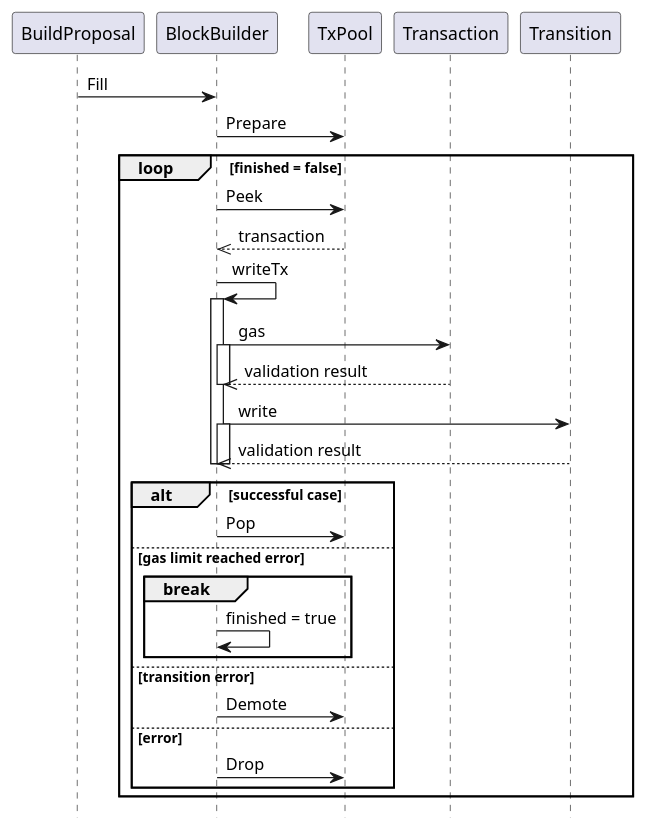
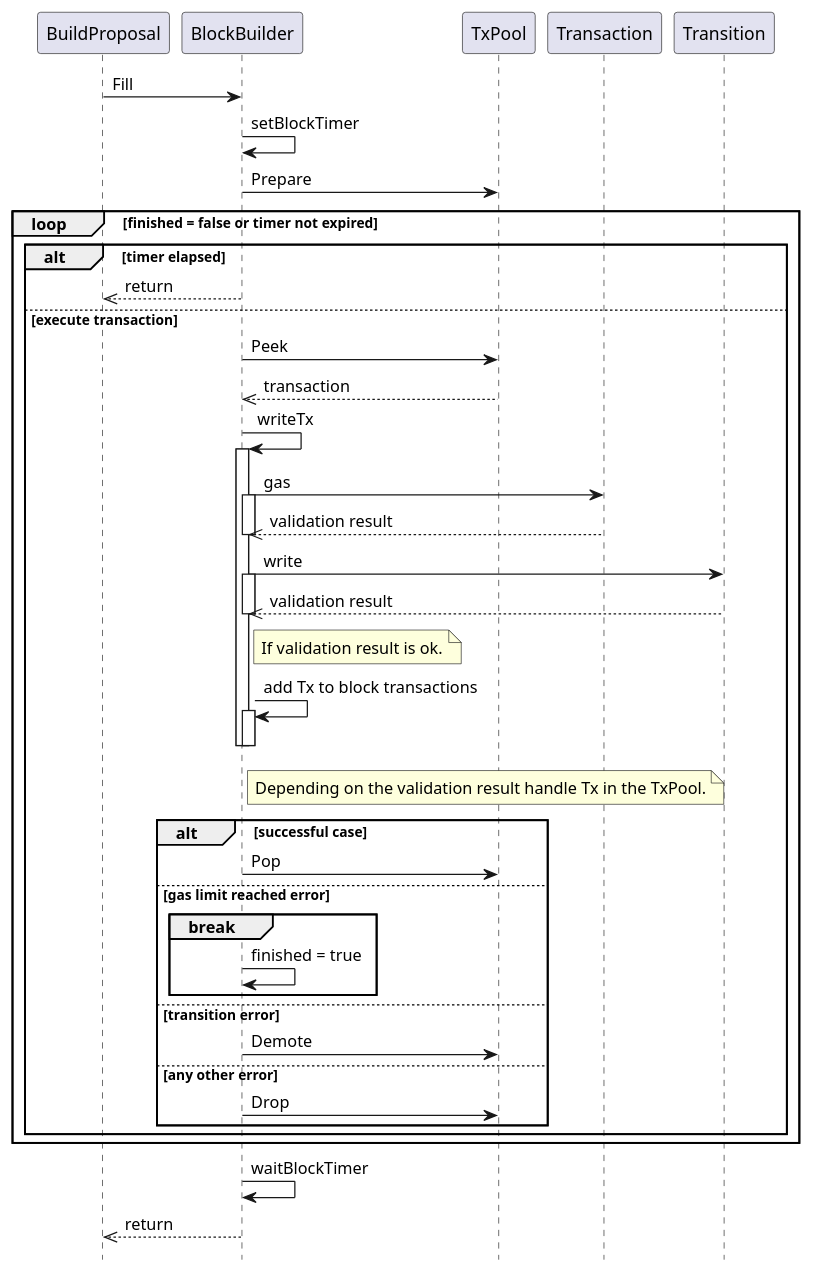
The diagram in txpool/uml/txpool_block_creation_sequence.puml (Ethernal-Tech/blade-legacy), drawn with PlantUML before and after one commit. The commit also changed 18 other files, not shown here.

Commit message:
Plantuml folder reorg and new pumls

```diff
--- a/txpool/uml/txpool_block_creation_sequence.puml
+++ b/txpool/uml/txpool_block_creation_sequence.puml
@@ -1,34 +1,55 @@
 @startuml
 hide footbox
 
 BuildProposal -> BlockBuilder: Fill
+
+BlockBuilder -> BlockBuilder: setBlockTimer 
 BlockBuilder -> TxPool: Prepare
-    loop finished = false
-        BlockBuilder -> TxPool: Peek
-        BlockBuilder <<-- TxPool: transaction
 
-        BlockBuilder -> BlockBuilder: writeTx
-        activate BlockBuilder
-        BlockBuilder -> Transaction: gas
-        activate BlockBuilder
-        BlockBuilder <<-- Transaction: validation result
-        deactivate BlockBuilder
-        BlockBuilder -> Transition: write
-        activate BlockBuilder
-        BlockBuilder <<-- Transition: validation result
-        deactivate BlockBuilder
-        deactivate BlockBuilder
+    loop finished = false or timer not expired
         
-        alt successful case
-            BlockBuilder -> TxPool: Pop
-        else gas limit reached error
-            break
-                BlockBuilder -> BlockBuilder : finished = true
-            end
-        else transition error
-            BlockBuilder -> TxPool: Demote
-        else error
-            BlockBuilder -> TxPool: Drop
-        end   
+        alt timer elapsed
+            BuildProposal <<-- BlockBuilder: return
+        else execute transaction
+
+            BlockBuilder -> TxPool: Peek
+            BlockBuilder <<-- TxPool: transaction
+
+            BlockBuilder -> BlockBuilder: writeTx
+            activate BlockBuilder
+            BlockBuilder -> Transaction: gas
+            activate BlockBuilder
+            BlockBuilder <<-- Transaction: validation result
+            deactivate BlockBuilder
+            BlockBuilder -> Transition: write
+            activate BlockBuilder
+            BlockBuilder <<-- Transition: validation result
+            deactivate BlockBuilder
+            note right of BlockBuilder
+                If validation result is ok.
+            end note
+            BlockBuilder -> BlockBuilder: add Tx to block transactions
+            
+            activate BlockBuilder
+            
+            deactivate BlockBuilder
+            deactivate BlockBuilder
+            note right of BlockBuilder
+                Depending on the validation result handle Tx in the TxPool.
+            end note
+            alt successful case
+                BlockBuilder -> TxPool: Pop
+            else gas limit reached error
+                break
+                    BlockBuilder -> BlockBuilder : finished = true
+                end
+            else transition error
+                BlockBuilder -> TxPool: Demote
+            else any other error
+                BlockBuilder -> TxPool: Drop
+            end 
+        end 
     end
+BlockBuilder -> BlockBuilder: waitBlockTimer 
+BuildProposal <<-- BlockBuilder: return
 @enduml
```
